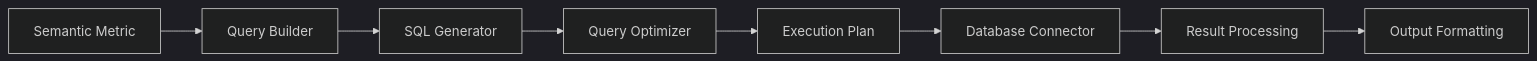
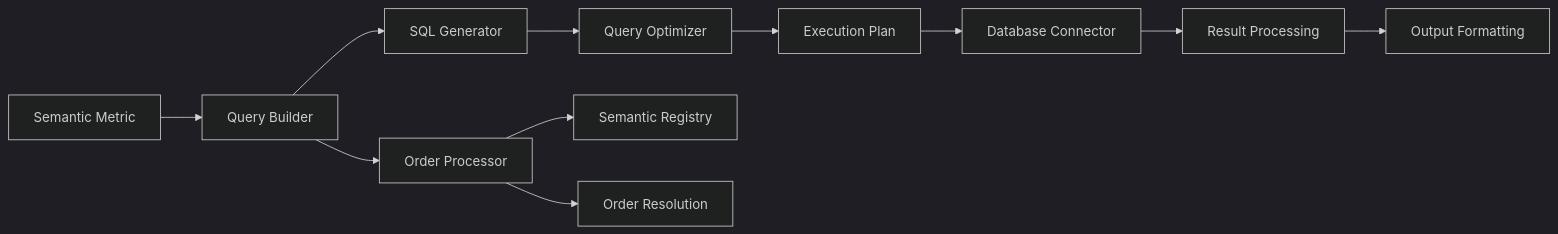
One commit to TelescopeAI/cortex-docs changed the third of 6 diagrams in content/2.architecture/1.overview.md. Above: the diagram before and after it, drawn with Mermaid (dark theme). The commit also changed other lines of this file and 16 other files, not shown here.

Commit message:
feat: added docs for order sequences

````diff
--- a/content/2.architecture/1.overview.md
+++ b/content/2.architecture/1.overview.md
@@ -165,10 +169,14 @@
 ```mermaid
 graph LR
     A[Semantic Metric] --> B[Query Builder]
     B --> C[SQL Generator]
     C --> D[Query Optimizer]
     D --> E[Execution Plan]
     E --> F[Database Connector]
     F --> G[Result Processing]
     G --> H[Output Formatting]
+
+    B --> I[Order Processor]
+    I --> J[Semantic Registry]
+    I --> K[Order Resolution]
 ```
````
